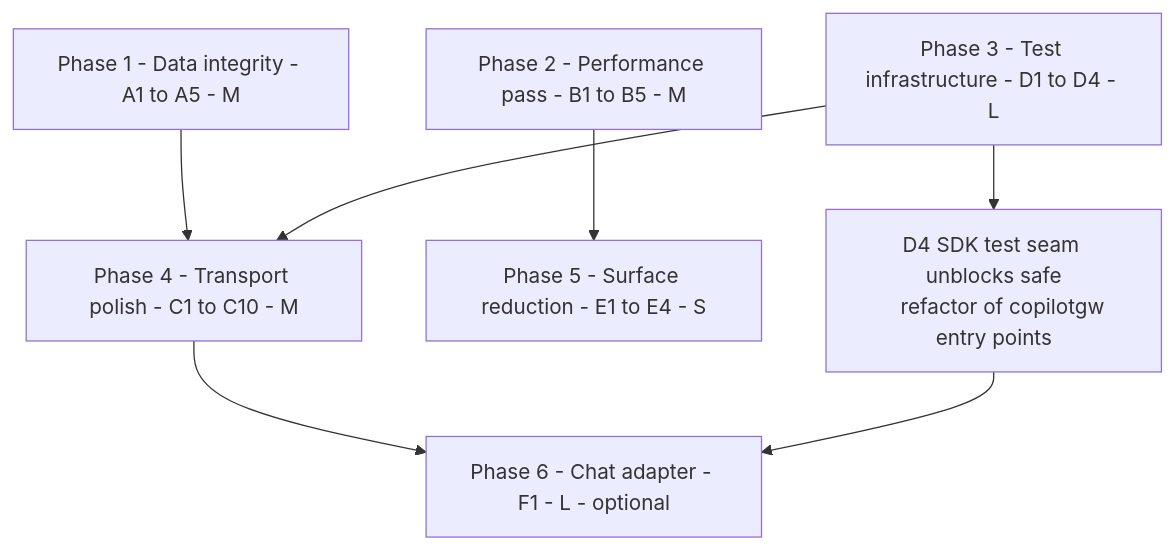
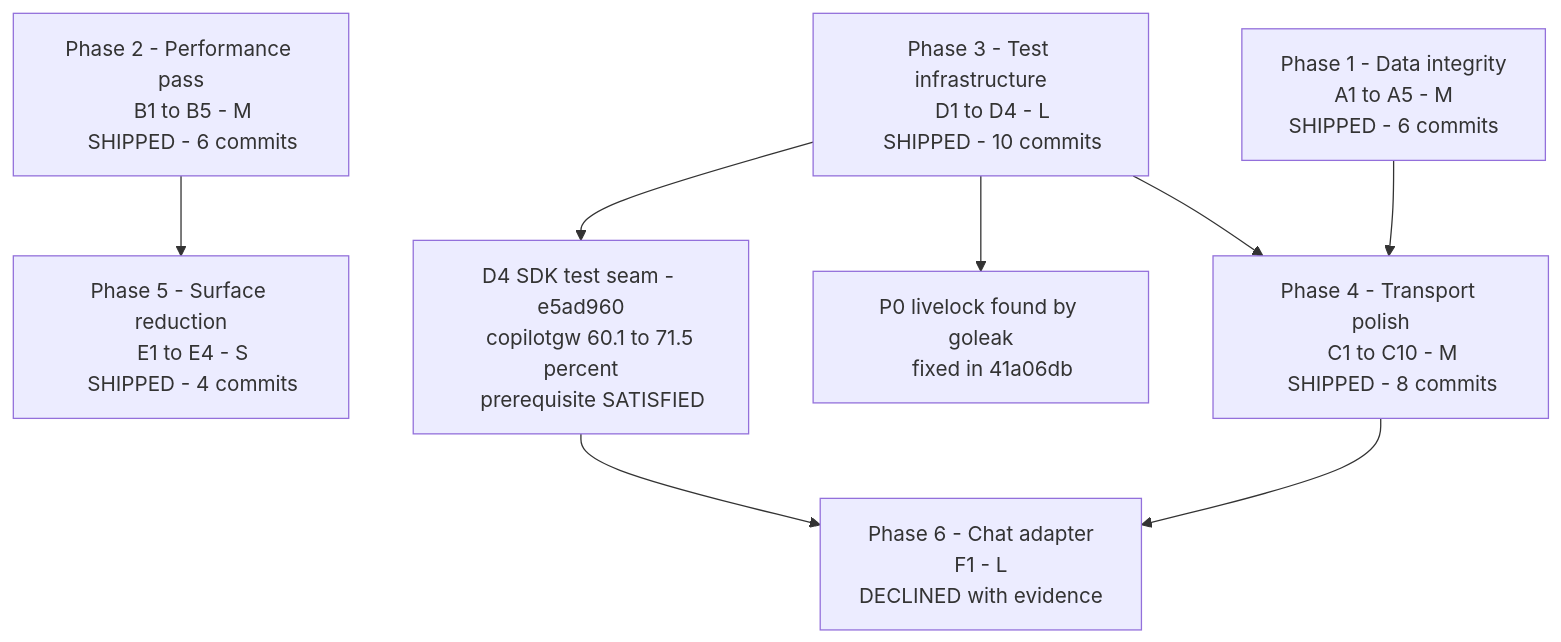
Before and after one commit to evanlouie/copilot-api: the first of 2 diagrams in docs/remaining-work-plan.md, drawn with Mermaid. The commit also changed other lines of this file, not shown here.

````diff
--- a/docs/remaining-work-plan.md
+++ b/docs/remaining-work-plan.md
@@ -69,18 +172,34 @@
 ```mermaid
 flowchart TD
-    P1["Phase 1 - Data integrity - A1 to A5 - M"]
-    P2["Phase 2 - Performance pass - B1 to B5 - M"]
-    P3["Phase 3 - Test infrastructure - D1 to D4 - L"]
-    P4["Phase 4 - Transport polish - C1 to C10 - M"]
-    P5["Phase 5 - Surface reduction - E1 to E4 - S"]
-    P6["Phase 6 - Chat adapter - F1 - L - optional"]
-    SEAM["D4 SDK test seam unblocks safe
-    refactor of copilotgw entry points"]
+    P1["Phase 1 - Data integrity
+    A1 to A5 - M
+    SHIPPED - 6 commits"]
+    P2["Phase 2 - Performance pass
+    B1 to B5 - M
+    SHIPPED - 6 commits"]
+    P3["Phase 3 - Test infrastructure
+    D1 to D4 - L
+    SHIPPED - 10 commits"]
+    P4["Phase 4 - Transport polish
+    C1 to C10 - M
+    SHIPPED - 8 commits"]
+    P5["Phase 5 - Surface reduction
+    E1 to E4 - S
+    SHIPPED - 4 commits"]
+    SEAM["D4 SDK test seam - e5ad960
+    copilotgw 60.1 to 71.5 percent
+    prerequisite SATISFIED"]
+    P0["P0 livelock found by goleak
+    fixed in 41a06db"]
+    P6["Phase 6 - Chat adapter
+    F1 - L
+    DECLINED with evidence"]
 
     P1 --> P4
     P2 --> P5
     P3 --> P4
+    P3 --> P0
+    P3 --> SEAM
     P4 --> P6
-    P3 --> SEAM
     SEAM --> P6
 ```
````
